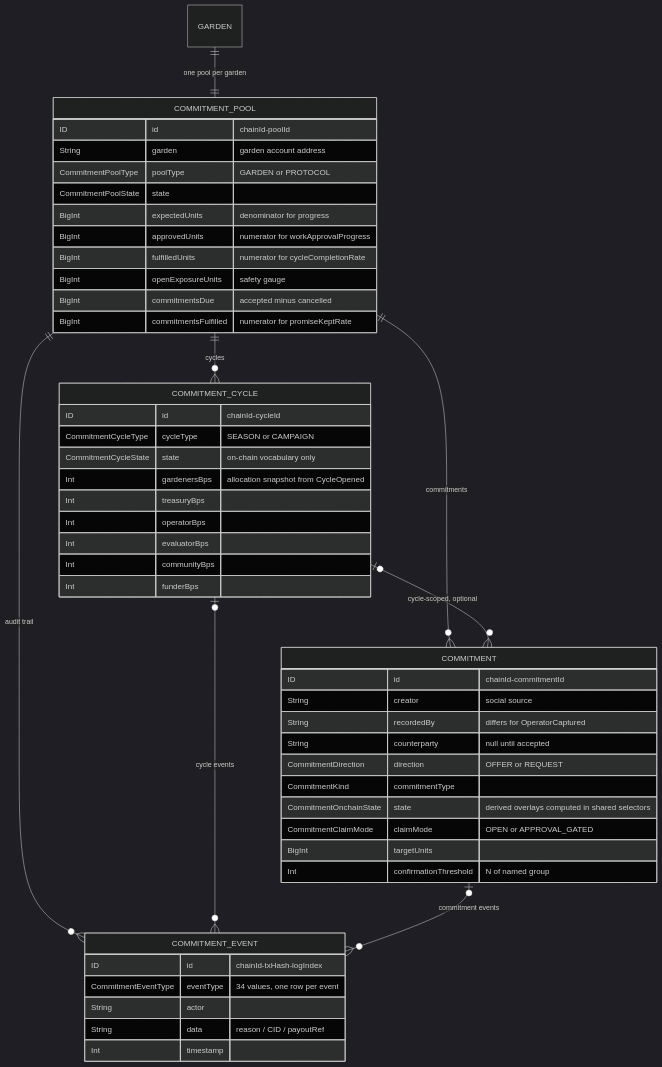
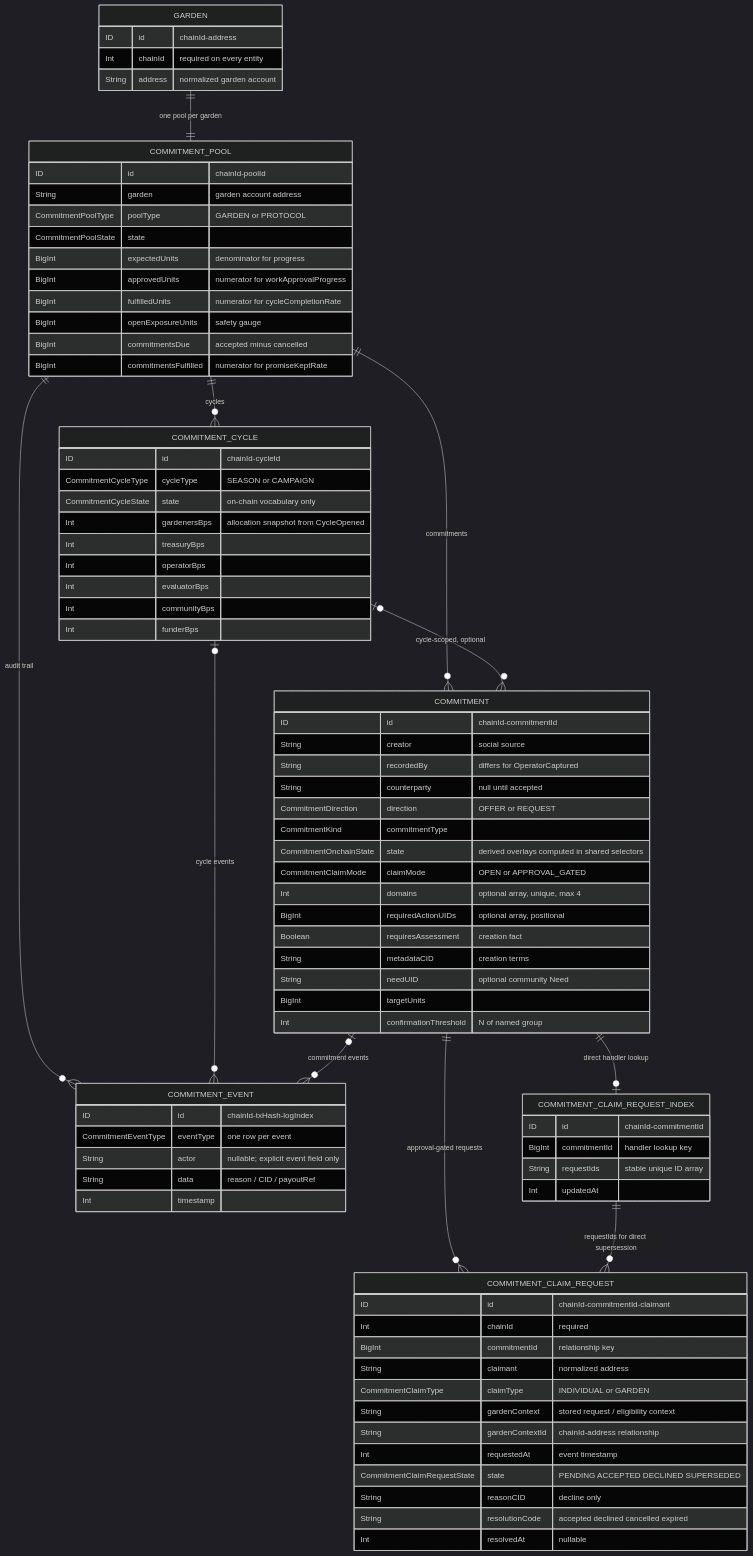
Before and after one commit to greenpill-dev-guild/green-goods: the eighth of 15 diagrams in .plans/active/commitment-pooling/diagrams.md, drawn with Mermaid (dark theme). The commit also changed other lines of this file and 51 other files, not shown here.

```diff
--- a/.plans/active/commitment-pooling/diagrams.md
+++ b/.plans/active/commitment-pooling/diagrams.md
@@ -279,6 +384,15 @@
   COMMITMENT_POOL ||--o{ COMMITMENT_EVENT : "audit trail"
   COMMITMENT_CYCLE |o--o{ COMMITMENT_EVENT : "cycle events"
   COMMITMENT |o--o{ COMMITMENT_EVENT : "commitment events"
+  COMMITMENT ||--o{ COMMITMENT_CLAIM_REQUEST : "approval-gated requests"
+  COMMITMENT ||--o| COMMITMENT_CLAIM_REQUEST_INDEX : "direct handler lookup"
+  COMMITMENT_CLAIM_REQUEST_INDEX ||--o{ COMMITMENT_CLAIM_REQUEST : "requestIds for direct supersession"
+
+  GARDEN {
+    ID id "chainId-address"
+    Int chainId "required on every entity"
+    String address "normalized garden account"
+  }
 
   COMMITMENT_POOL {
     ID id "chainId-poolId"
@@ -312,13 +426,38 @@
     CommitmentKind commitmentType
     CommitmentOnchainState state "derived overlays computed in shared selectors"
     CommitmentClaimMode claimMode "OPEN or APPROVAL_GATED"
+    Int domains "optional array, unique, max 4"
+    BigInt requiredActionUIDs "optional array, positional"
+    Boolean requiresAssessment "creation fact"
+    String metadataCID "creation terms"
+    String needUID "optional community Need"
     BigInt targetUnits ""
     Int confirmationThreshold "N of named group"
   }
+  COMMITMENT_CLAIM_REQUEST {
+    ID id "chainId-commitmentId-claimant"
+    Int chainId "required"
+    BigInt commitmentId "relationship key"
+    String claimant "normalized address"
+    CommitmentClaimType claimType "INDIVIDUAL or GARDEN"
+    String gardenContext "stored request / eligibility context"
+    String gardenContextId "chainId-address relationship"
+    Int requestedAt "event timestamp"
+    CommitmentClaimRequestState state "PENDING ACCEPTED DECLINED SUPERSEDED"
+    String reasonCID "decline only"
+    String resolutionCode "accepted declined cancelled expired"
+    Int resolvedAt "nullable"
+  }
+  COMMITMENT_CLAIM_REQUEST_INDEX {
+    ID id "chainId-commitmentId"
+    BigInt commitmentId "handler lookup key"
+    String requestIds "stable unique ID array"
+    Int updatedAt ""
+  }
   COMMITMENT_EVENT {
     ID id "chainId-txHash-logIndex"
-    CommitmentEventType eventType "34 values, one row per event"
-    String actor ""
+    CommitmentEventType eventType "one row per event"
+    String actor "nullable; explicit event field only"
     String data "reason / CID / payoutRef"
     Int timestamp ""
   }
```
